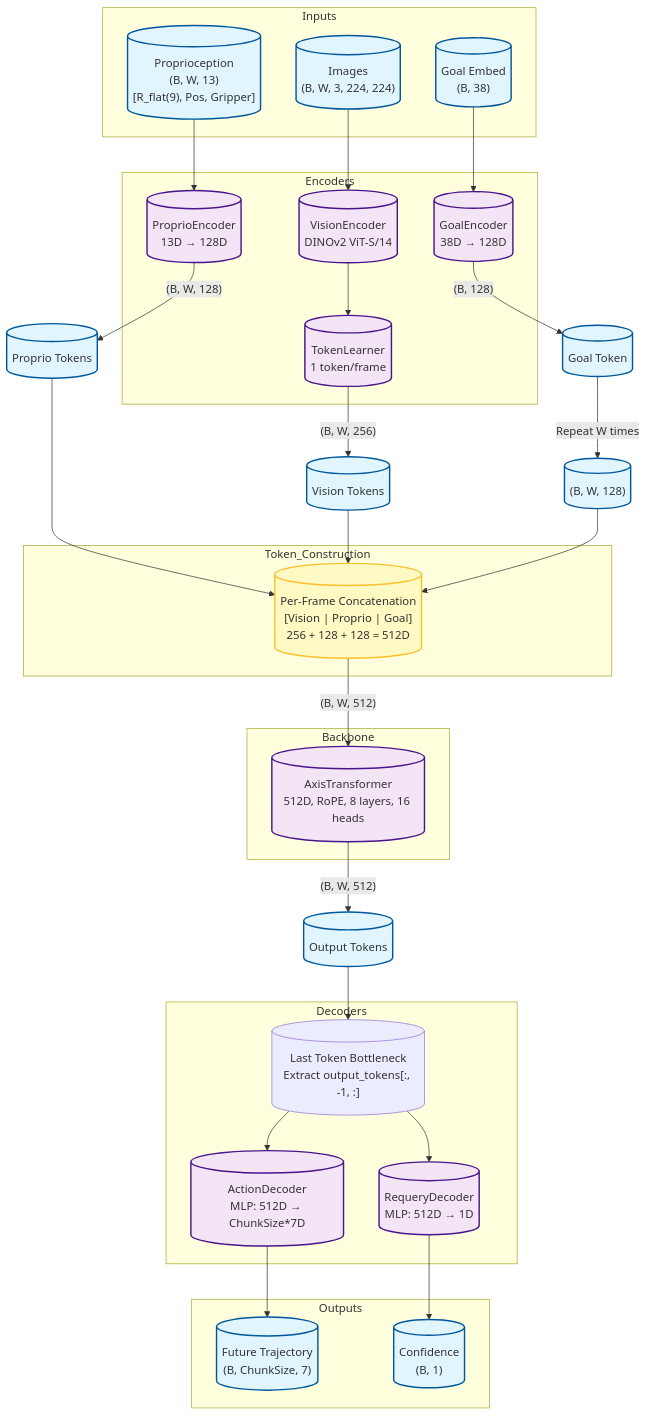
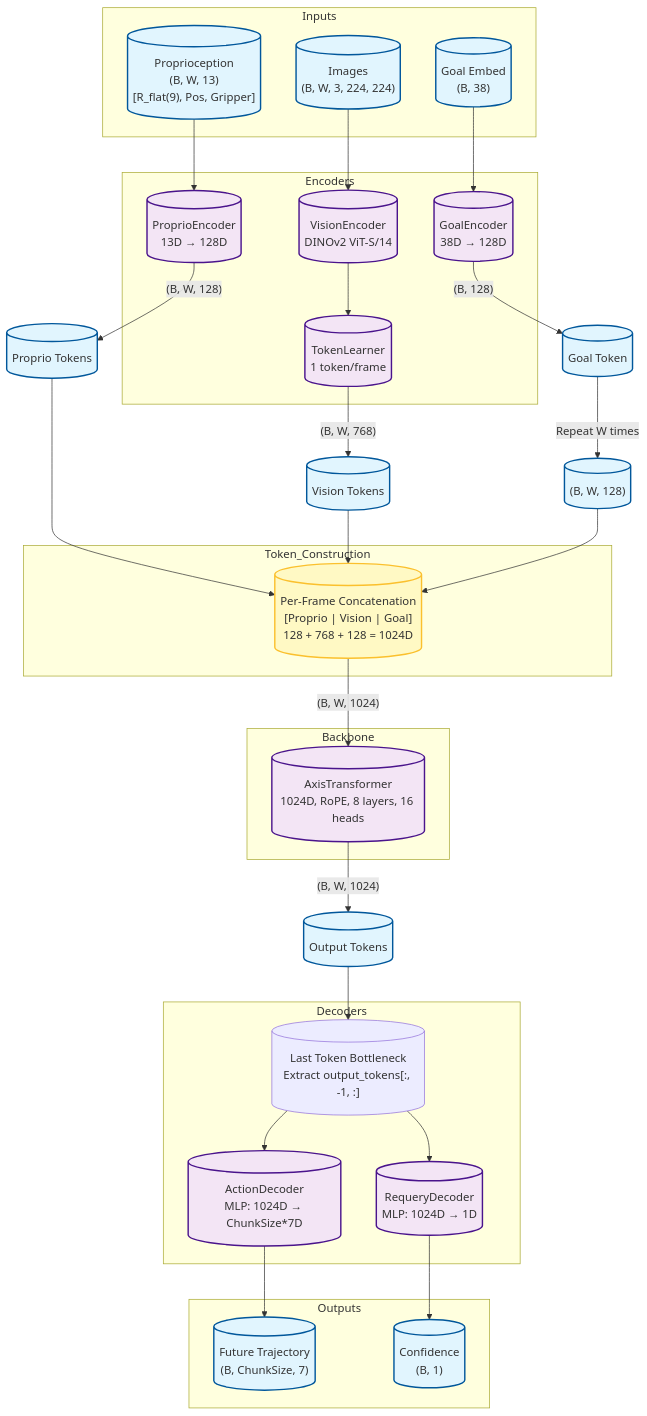
One commit to Thoooomas14/Axis changed the first of 2 diagrams in docs/model_architecture_vis.md. Above: the diagram before and after it, drawn with Mermaid. The commit also changed other lines of this file and 4 other files, not shown here.

````diff
--- a/docs/model_architecture_vis.md
+++ b/docs/model_architecture_vis.md
@@ -7,64 +7,64 @@
 ```mermaid
 graph TD
     subgraph Inputs
         IMG[("Images<br/>(B, W, 3, 224, 224)")]
         PROP[("Proprioception<br/>(B, W, 13)<br/>[R_flat(9), Pos, Gripper]")]
         GOAL[("Goal Embed<br/>(B, 38)")]
     end
 
     subgraph Encoders
         VE[("VisionEncoder<br/>DINOv2 ViT-S/14")]
         PE[("ProprioEncoder<br/>13D → 128D")]
         GE[("GoalEncoder<br/>38D → 128D")]
         TL[("TokenLearner<br/>1 token/frame")]
     end
 
     subgraph Token_Construction
-        CAT[("Per-Frame Concatenation<br/>[Vision | Proprio | Goal]<br/>256 + 128 + 128 = 512D")]
+        CAT[("Per-Frame Concatenation<br/>[Proprio | Vision | Goal]<br/>128 + 768 + 128 = 1024D")]
     end
 
     subgraph Backbone
-        TR[("AxisTransformer<br/>512D, RoPE, 8 layers, 16 heads")]
+        TR[("AxisTransformer<br/>1024D, RoPE, 8 layers, 16 heads")]
     end
 
     subgraph Decoders
         LT[("Last Token Bottleneck<br/>Extract output_tokens[:, -1, :]")]
-        AD[("ActionDecoder<br/>MLP: 512D → ChunkSize*7D")]
-        RD[("RequeryDecoder<br/>MLP: 512D → 1D")]
+        AD[("ActionDecoder<br/>MLP: 1024D → ChunkSize*7D")]
+        RD[("RequeryDecoder<br/>MLP: 1024D → 1D")]
     end
 
     subgraph Outputs
         ACT[("Future Trajectory<br/>(B, ChunkSize, 7)")]
         REQ[("Confidence<br/>(B, 1)")]
     end
 
     %% Connections
     IMG --> VE --> TL
-    TL -->|"(B, W, 256)"| VTOK[("Vision Tokens")]
+    TL -->|"(B, W, 768)"| VTOK[("Vision Tokens")]
     
     PROP --> PE -->|"(B, W, 128)"| PTOK[("Proprio Tokens")]
     
     GOAL --> GE -->|"(B, 128)"| GTOK[("Goal Token")]
     GTOK -->|"Repeat W times"| GEXP[("(B, W, 128)")]
     
     PTOK --> CAT
     VTOK --> CAT
     GEXP --> CAT
-    CAT -->|"(B, W, 512)"| TR
+    CAT -->|"(B, W, 1024)"| TR
     
-    TR -->|"(B, W, 512)"| OUT[("Output Tokens")]
+    TR -->|"(B, W, 1024)"| OUT[("Output Tokens")]
     
     OUT --> LT
     LT --> AD
     LT --> RD
     AD --> ACT
     RD --> REQ
 
     classDef tensor fill:#e1f5fe,stroke:#01579b,stroke-width:2px;
     classDef component fill:#f3e5f5,stroke:#4a148c,stroke-width:2px,rx:10,ry:10;
     classDef logic fill:#fff9c4,stroke:#fbc02d,stroke-width:2px;
 
     class IMG,PROP,GOAL,VTOK,PTOK,GTOK,GEXP,OUT,ACT,REQ tensor;
     class VE,PE,GE,TL,TR,AD,RD component;
     class CAT logic;
 ```
````
